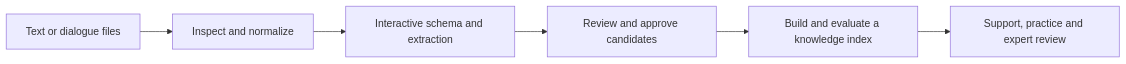
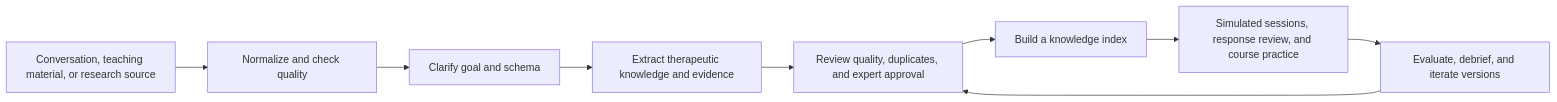
The diagram in README.md (roytian1992/TheraSkillAgent), drawn with Mermaid before and after one commit. The commit also changed other lines of this file and 34 other files, not shown here.

Commit message:
Clarify therapeutic product positioning and polish workbench

````diff
--- a/README.md
+++ b/README.md
@@ -38,8 +24,11 @@
 ```mermaid
 flowchart LR
-  A[Text or dialogue files] --> B[Inspect and normalize]
-  B --> C[Interactive schema and extraction]
-  C --> D[Review and approve candidates]
-  D --> E[Build and evaluate a knowledge index]
-  E --> F[Support, practice and expert review]
+  A[Conversation, teaching material, or research source] --> B[Normalize and check quality]
+  B --> C[Clarify goal and schema]
+  C --> D[Extract therapeutic knowledge and evidence]
+  D --> E[Review quality, duplicates, and expert approval]
+  E --> F[Build a knowledge index]
+  F --> G[Simulated sessions, response review, and course practice]
+  G --> H[Evaluate, debrief, and iterate versions]
+  H --> E
 ```
````
